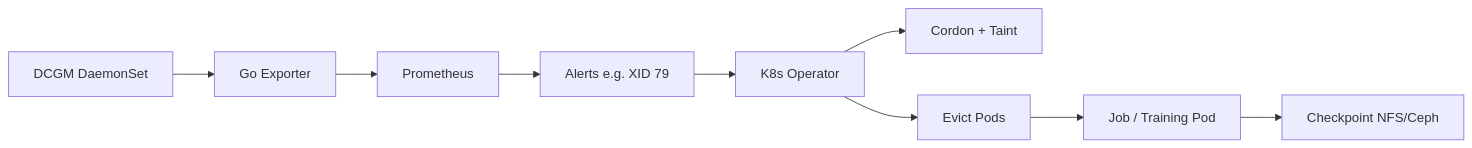
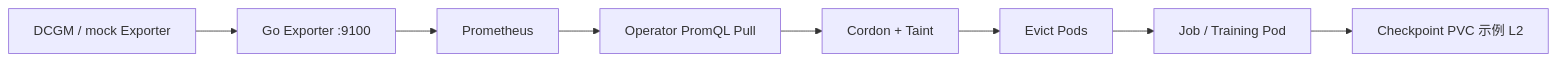
The diagram in README.md (22-7-co/AI-k8s-Platform), drawn with Mermaid before and after one commit. The commit also changed other lines of this file and 12 other files, not shown here.

````diff
--- a/README.md
+++ b/README.md
@@ -9,11 +9,10 @@
 ```mermaid
 flowchart LR
-  DCGM[DCGM DaemonSet] --> Exporter[Go Exporter]
+  DCGM[DCGM / mock Exporter] --> Exporter[Go Exporter :9100]
   Exporter --> Prom[Prometheus]
-  Prom --> Alert[Alerts e.g. XID 79]
-  Alert --> Op[K8s Operator]
+  Prom --> Op[Operator PromQL Pull]
   Op --> Cordon[Cordon + Taint]
-  Op --> Evict[Evict Pods]
+  Cordon --> Evict[Evict Pods]
   Evict --> Job[Job / Training Pod]
-  Job --> CKPT[Checkpoint NFS/Ceph]
+  Job --> CKPT[Checkpoint PVC 示例 L2]
 ```
````
